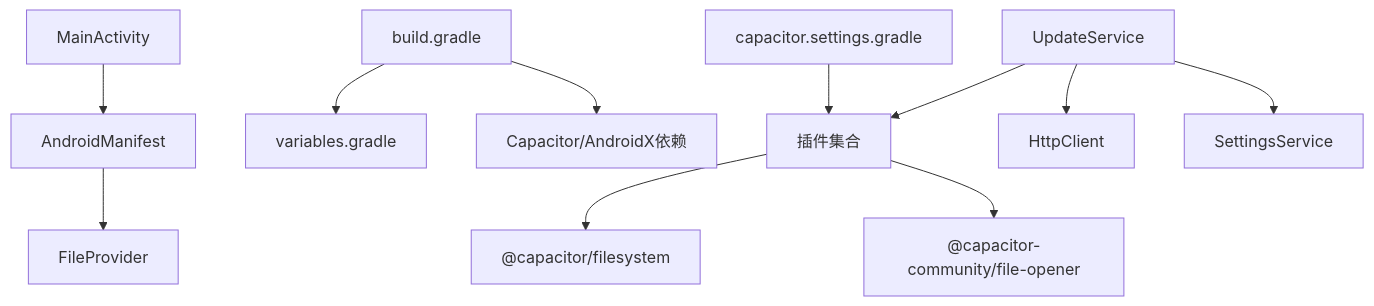
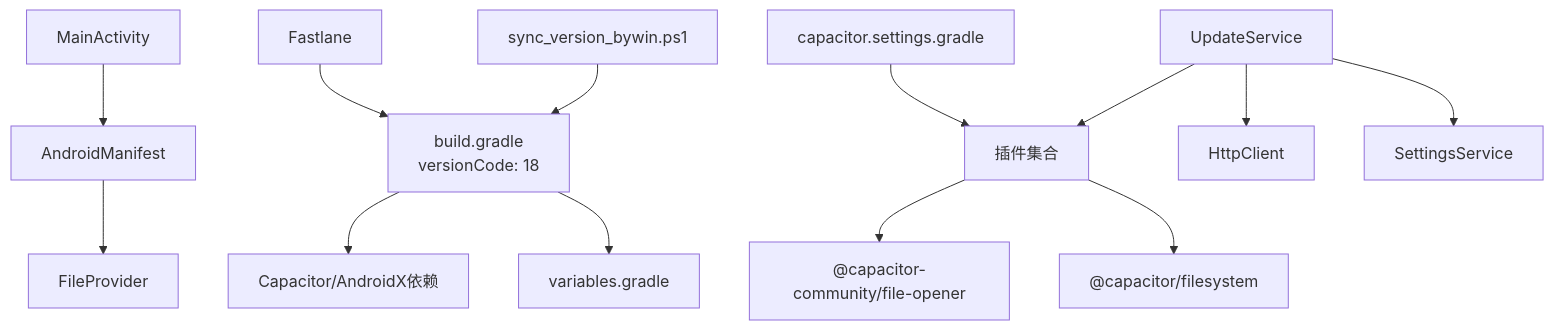
One commit to tea4go/Macro-Deck-Client-App changed diagram 11 of 11 in .qoder/repowiki/zh/content/原生平台集成/Android平台集成.md. Above: the diagram before and after it, drawn with Mermaid. The commit also changed other lines of this file and 50 other files, not shown here.

````diff
--- a/.qoder/repowiki/zh/content/原生平台集成/Android平台集成.md
+++ b/.qoder/repowiki/zh/content/原生平台集成/Android平台集成.md
@@ -573,13 +618,15 @@
 ```mermaid
 graph TB
 MA["MainActivity"] --> AM["AndroidManifest"]
 AM --> FP["FileProvider"]
-BG["build.gradle"] --> Vars["variables.gradle"]
+BG["build.gradle<br/>versionCode: 18"] --> Vars["variables.gradle"]
 BG --> Deps["Capacitor/AndroidX依赖"]
 CS["capacitor.settings.gradle"] --> Plugins["插件集合"]
 US["UpdateService"] --> Plugins
 US --> HTTP["HttpClient"]
 US --> Settings["SettingsService"]
 Plugins --> Filesystem["@capacitor/filesystem"]
 Plugins --> FileOpener["@capacitor-community/file-opener"]
+FL["Fastlane"] --> BG
+SV["sync_version_bywin.ps1"] --> BG
 ```
````
